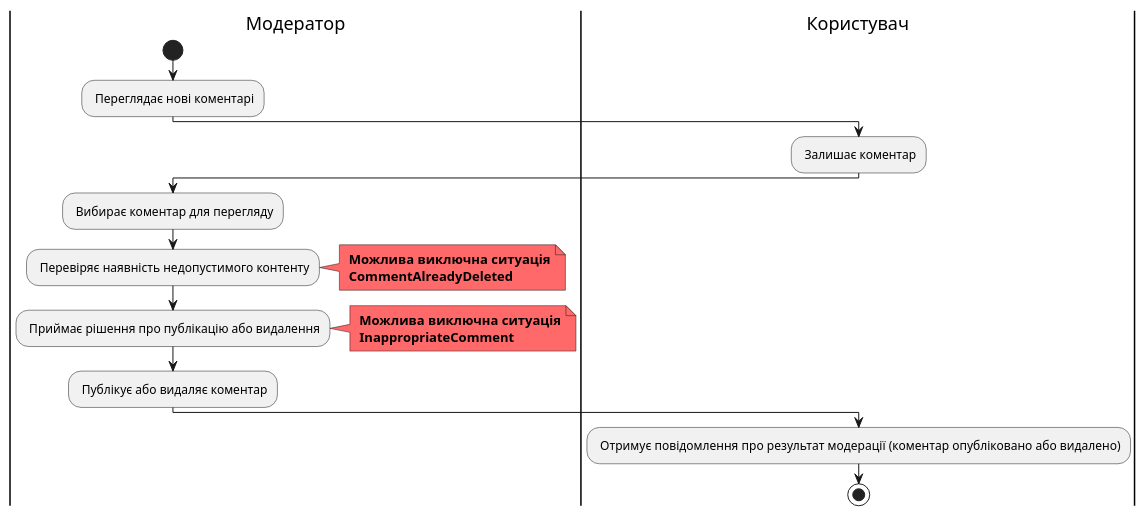
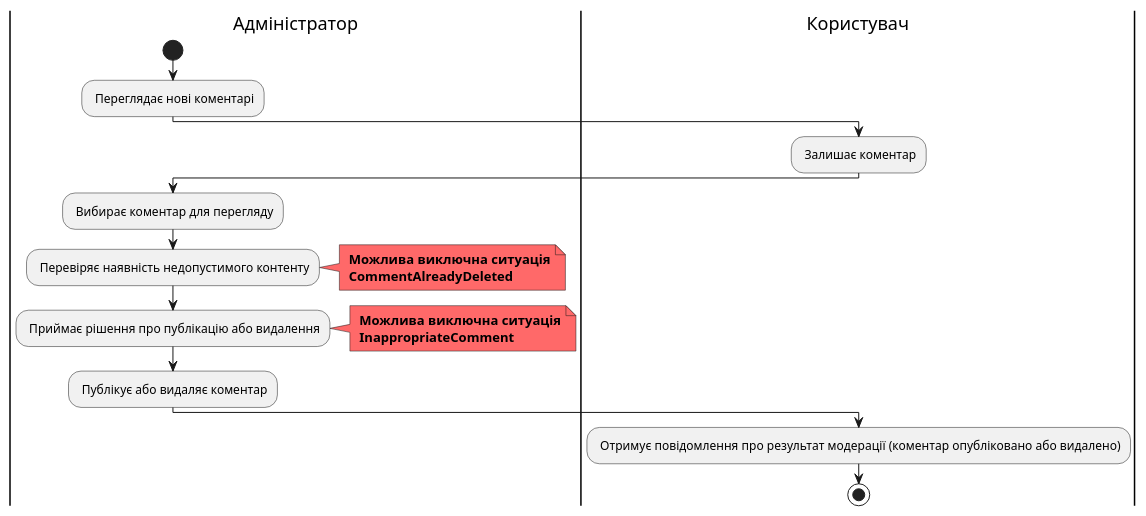
The fourth of 8 diagrams in docs/use cases/README.md (vladyslavpopov/DB_CourseWork), drawn with PlantUML before and after one commit. The commit also changed other lines of this file, not shown here.

```diff
--- a/docs/use cases/README.md
+++ b/docs/use cases/README.md
@@ -154,30 +154,30 @@
 @startuml
 
-|Модератор|
+|Адміністратор|
 start;
 : Переглядає нові коментарі;
 
 |Користувач|
 : Залишає коментар;
 
-|Модератор|
+|Адміністратор|
 : Вибирає коментар для перегляду;
 : Перевіряє наявність недопустимого контенту;
 note right #FF6969
 <b> Можлива виключна ситуація
 <b> CommentAlreadyDeleted
 end note
 
 : Приймає рішення про публікацію або видалення;
 note right #FF6969
 <b> Можлива виключна ситуація
 <b> InappropriateComment
 end note
 
 : Публікує або видаляє коментар;
 
 |Користувач|
 : Отримує повідомлення про результат модерації (коментар опубліковано або видалено);
 
 stop;
 @enduml
```
